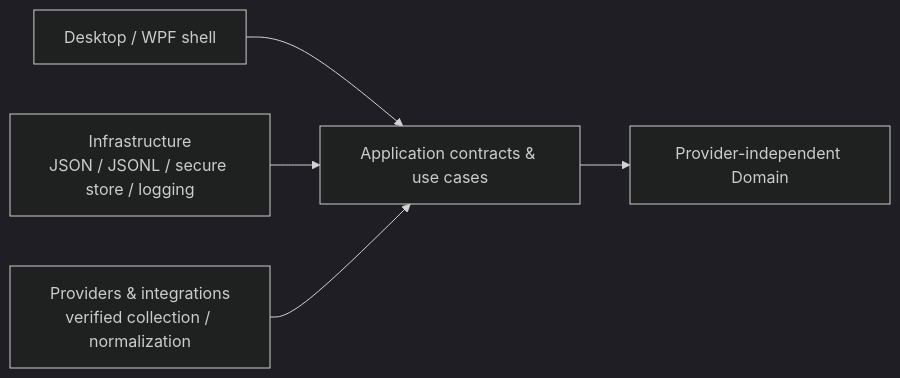
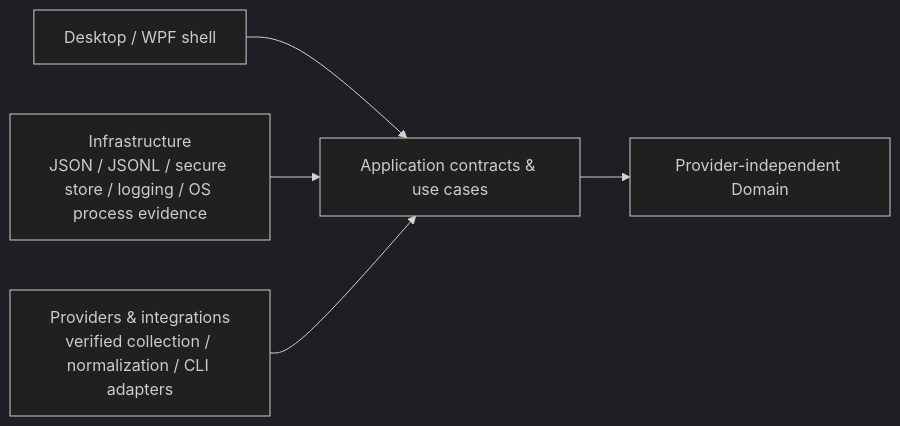
One commit to Hossam1104/AI_Orchestrator changed the second of 2 diagrams in README.md. Above: the diagram before and after it, drawn with Mermaid (dark theme). The commit also changed other lines of this file, not shown here.

Commit message:
docs: refresh README for extended orchestration roadmap

````diff
--- a/README.md
+++ b/README.md
@@ -181,7 +223,7 @@
 ```mermaid
 flowchart LR
     Desktop[Desktop / WPF shell] --> Application[Application contracts & use cases]
     Application --> Domain[Provider-independent Domain]
-    Infrastructure["Infrastructure<br/>JSON / JSONL / secure store / logging"] --> Application
-    Providers["Providers & integrations<br/>verified collection / normalization"] --> Application
+    Infrastructure["Infrastructure<br/>JSON / JSONL / secure store / logging / OS process evidence"] --> Application
+    Providers["Providers & integrations<br/>verified collection / normalization / CLI adapters"] --> Application
 ```
````
